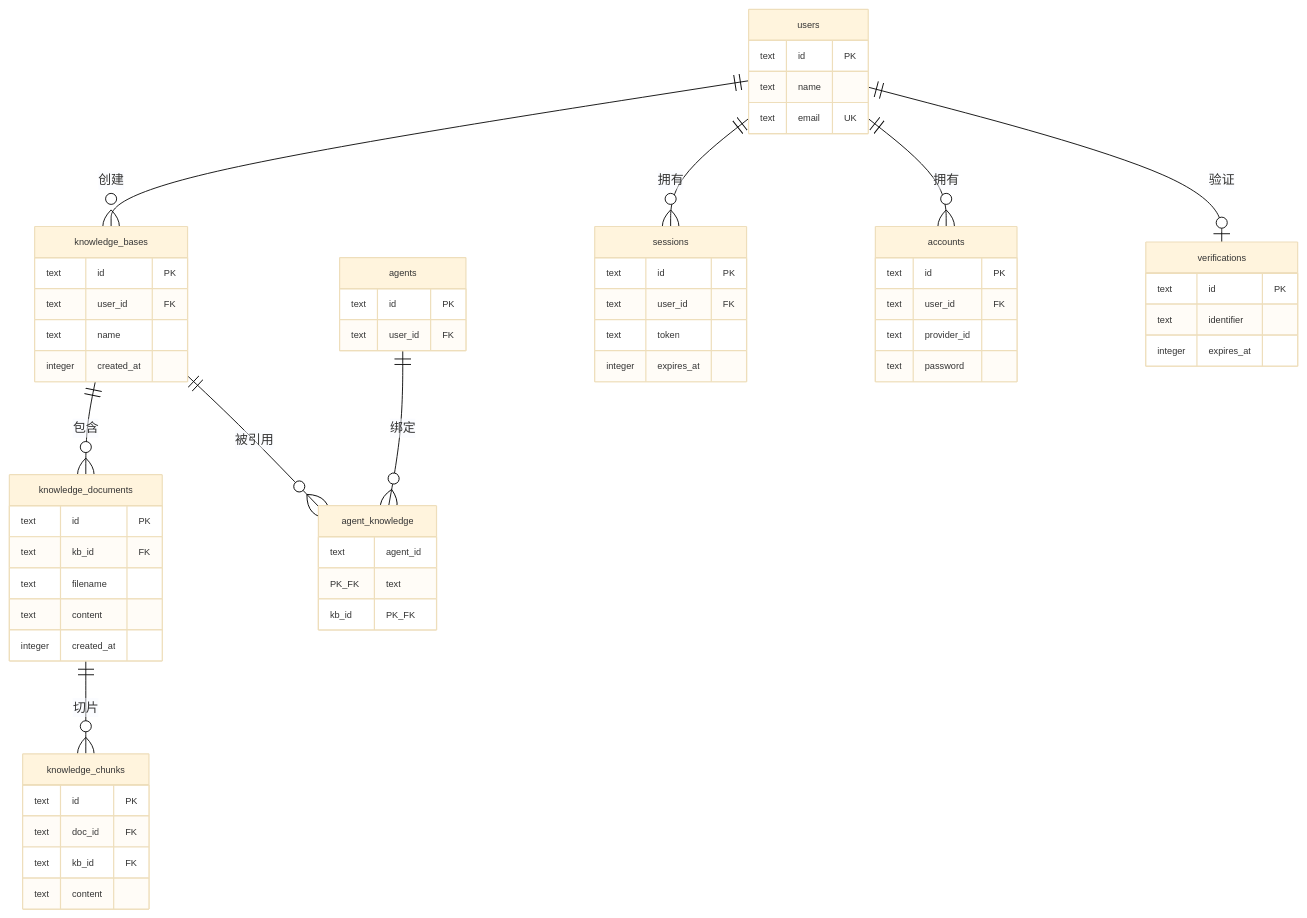
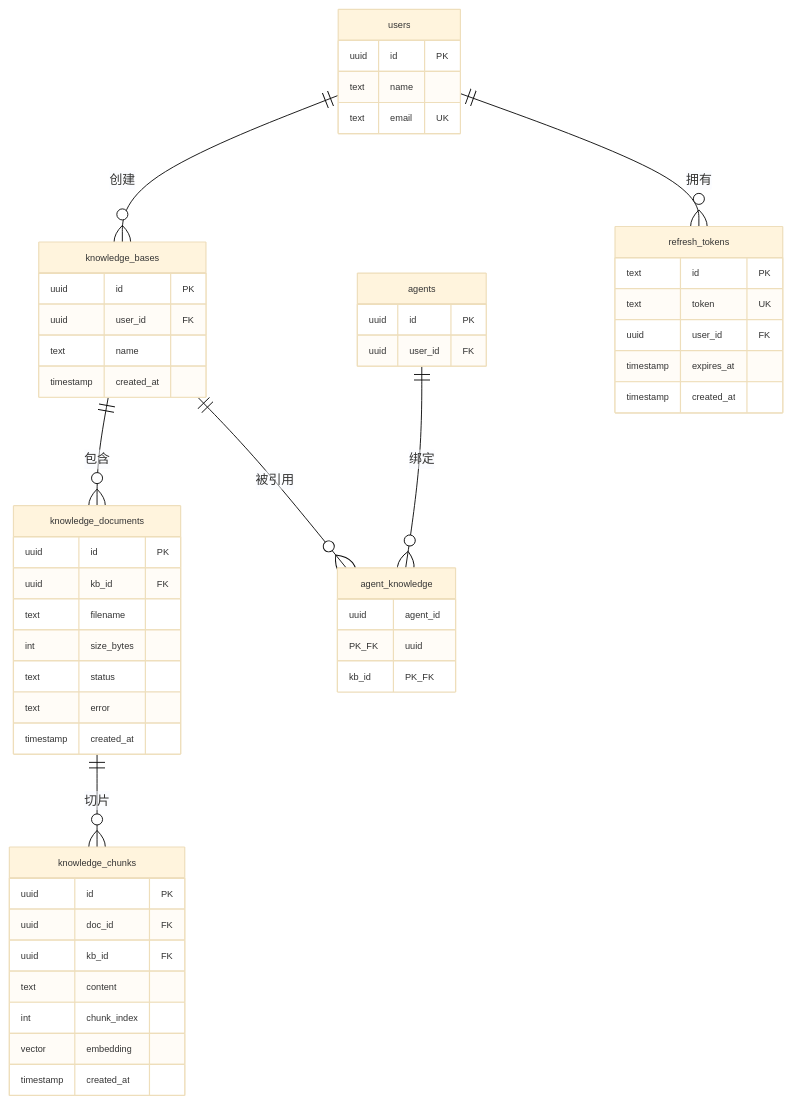
The fourth of 7 diagrams in docs/architecture.md (xCreat0r/simple-ai-agent-plateform), drawn with Mermaid before and after one commit. The commit also changed other lines of this file and 1 other file, not shown here.

````diff
--- a/docs/architecture.md
+++ b/docs/architecture.md
@@ -214,70 +229,61 @@
 ```mermaid
 %%{init: {'theme': 'base', 'themeVariables': {'fontSize': '10px'}}}%%
 erDiagram
     users {
-        text id PK
+        uuid id PK
         text name
         text email UK
     }
 
     knowledge_bases {
-        text id PK
-        text user_id FK
+        uuid id PK
+        uuid user_id FK
         text name
-        integer created_at
+        timestamp created_at
     }
 
     knowledge_documents {
-        text id PK
-        text kb_id FK
+        uuid id PK
+        uuid kb_id FK
         text filename
-        text content
-        integer created_at
+        int size_bytes
+        text status
+        text error
+        timestamp created_at
     }
 
     knowledge_chunks {
-        text id PK
-        text doc_id FK
-        text kb_id FK
+        uuid id PK
+        uuid doc_id FK
+        uuid kb_id FK
         text content
+        int chunk_index
+        vector embedding
+        timestamp created_at
     }
 
     agent_knowledge {
-        text agent_id PK_FK
-        text kb_id PK_FK
+        uuid agent_id PK_FK
+        uuid kb_id PK_FK
     }
 
     agents {
-        text id PK
-        text user_id FK
+        uuid id PK
+        uuid user_id FK
     }
 
-    sessions {
+    refresh_tokens {
         text id PK
-        text user_id FK
-        text token
-        integer expires_at
-    }
-
-    accounts {
-        text id PK
-        text user_id FK
-        text provider_id
-        text password
-    }
-
-    verifications {
-        text id PK
-        text identifier
-        integer expires_at
+        text token UK
+        uuid user_id FK
+        timestamp expires_at
+        timestamp created_at
     }
 
     users ||--o{ knowledge_bases : "创建"
-    users ||--o{ sessions : "拥有"
-    users ||--o{ accounts : "拥有"
-    users ||--o| verifications : "验证"
+    users ||--o{ refresh_tokens : "拥有"
     knowledge_bases ||--o{ knowledge_documents : "包含"
     knowledge_documents ||--o{ knowledge_chunks : "切片"
     agents ||--o{ agent_knowledge : "绑定"
     knowledge_bases ||--o{ agent_knowledge : "被引用"
 ```
````
